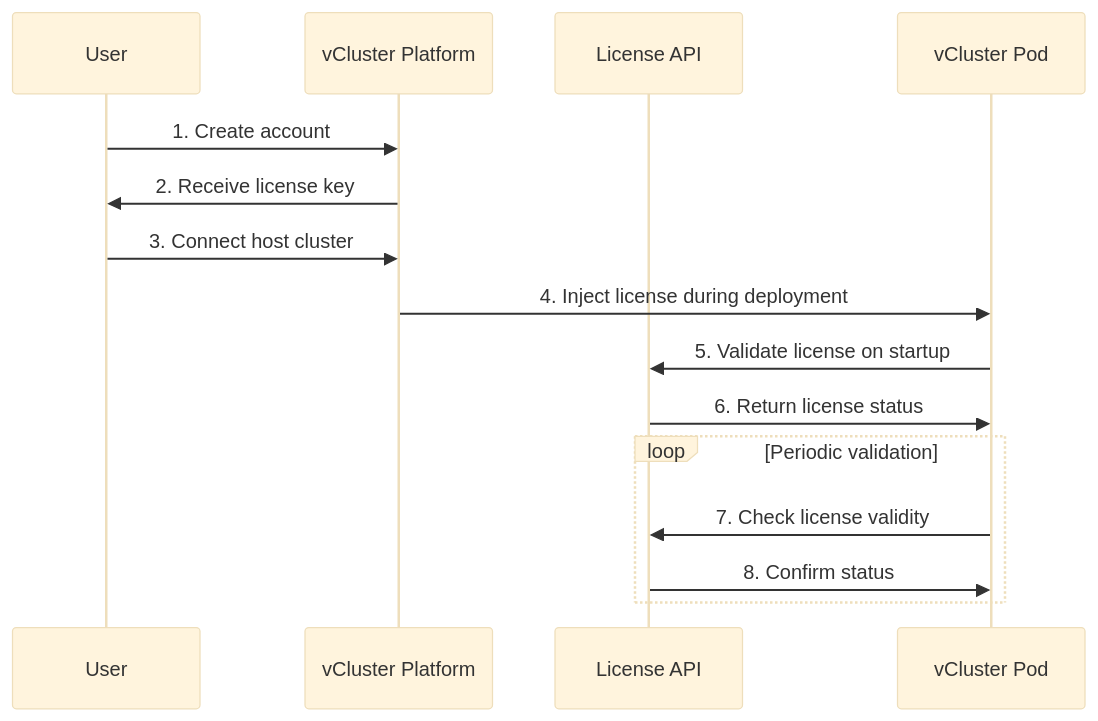
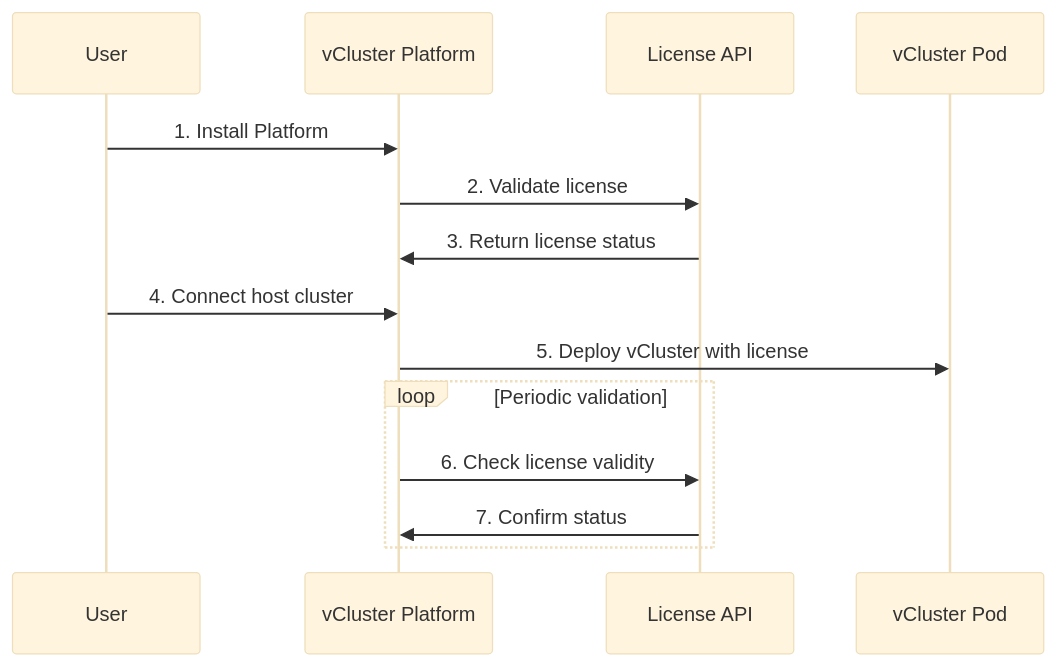
Before and after one commit to loft-sh/vcluster-docs: the diagram in vcluster/introduction/oss-vs-free.mdx, drawn with Mermaid (base theme). The commit also changed other lines of this file and 1 other file, not shown here.

````diff
--- a/vcluster/introduction/oss-vs-free.mdx
+++ b/vcluster/introduction/oss-vs-free.mdx
@@ -72,18 +74,17 @@
 ```mermaid
 sequenceDiagram
     participant User
     participant Platform as vCluster Platform
     participant API as License API
     participant Pod as vCluster Pod
 
-    User->>Platform: 1. Create account
-    Platform->>User: 2. Receive license key
-    User->>Platform: 3. Connect host cluster
-    Platform->>Pod: 4. Inject license during deployment
-    Pod->>API: 5. Validate license on startup
-    API->>Pod: 6. Return license status
+    User->>Platform: 1. Install Platform
+    Platform->>API: 2. Validate license
+    API->>Platform: 3. Return license status
+    User->>Platform: 4. Connect host cluster
+    Platform->>Pod: 5. Deploy vCluster with license
     loop Periodic validation
-        Pod->>API: 7. Check license validity
-        API->>Pod: 8. Confirm status
+        Platform->>API: 6. Check license validity
+        API->>Platform: 7. Confirm status
     end
 ```
````
